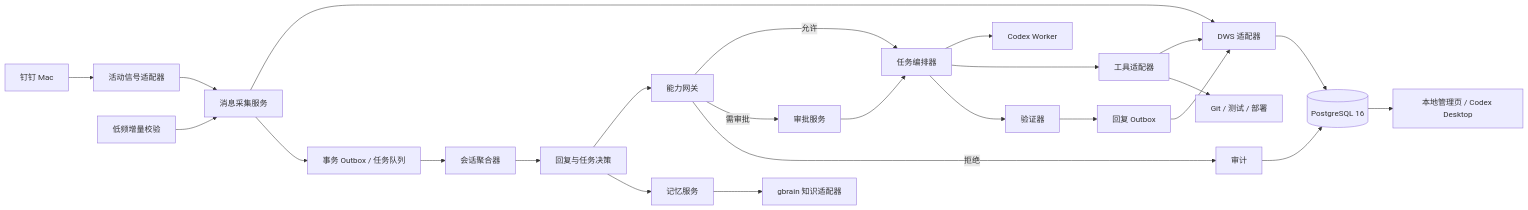
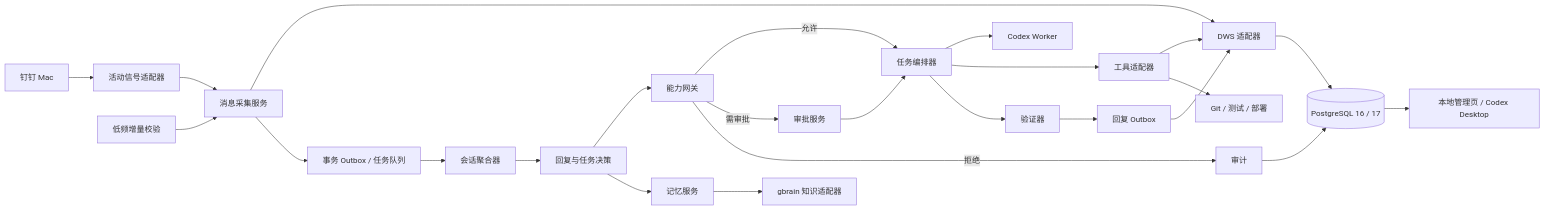
The second of 3 diagrams in docs/技术设计文档.md (ruiwang20010702/ai-employee), drawn with Mermaid before and after one commit. The commit also changed other lines of this file and 2 other files, not shown here.

Commit message:
docs: 记录 PostgreSQL 17 生产兼容性

````diff
--- a/docs/技术设计文档.md
+++ b/docs/技术设计文档.md
@@ -105,31 +105,31 @@
 ```mermaid
 flowchart LR
     DT["钉钉 Mac"] --> SIG["活动信号适配器"]
     SIG --> ING["消息采集服务"]
     TIMER["低频增量校验"] --> ING
     ING --> DWS["DWS 适配器"]
-    DWS --> DB[("PostgreSQL 16")]
+    DWS --> DB[("PostgreSQL 16 / 17")]
     ING --> BUS["事务 Outbox / 任务队列"]
 
     BUS --> CONV["会话聚合器"]
     CONV --> DECIDE["回复与任务决策"]
     DECIDE --> CAP["能力网关"]
     CAP -->|"允许"| ORCH["任务编排器"]
     CAP -->|"需审批"| APPROVAL["审批服务"]
     CAP -->|"拒绝"| AUDIT["审计"]
 
     APPROVAL --> ORCH
     ORCH --> CODEX["Codex Worker"]
     ORCH --> TOOLS["工具适配器"]
     TOOLS --> DWS
     TOOLS --> GIT["Git / 测试 / 部署"]
 
     ORCH --> VERIFY["验证器"]
     VERIFY --> OUT["回复 Outbox"]
     OUT --> DWS
 
     DECIDE --> MEM["记忆服务"]
     MEM --> GBRAIN["gbrain 知识适配器"]
     DB --> ADMIN["本地管理页 / Codex Desktop"]
     AUDIT --> DB
 ```
````
